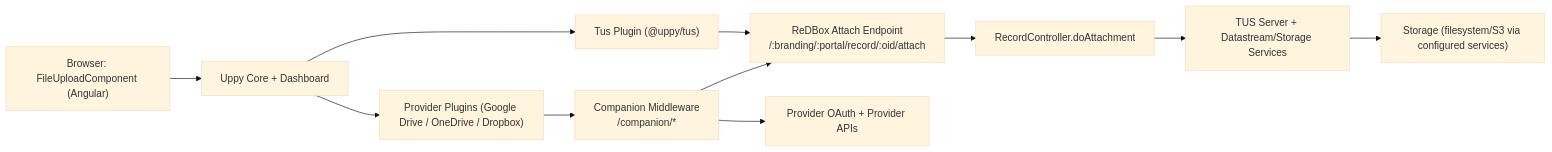
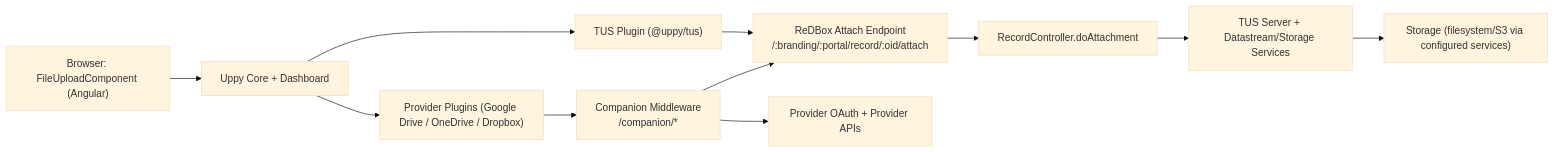
Before and after one commit to redbox-mint/redbox-portal: the first of 4 diagrams in support/wiki/Uppy-and-TUS-Architecture.md, drawn with Mermaid (base theme). The commit also changed other lines of this file and 7 other files, not shown here.

````diff
--- a/support/wiki/Uppy-and-TUS-Architecture.md
+++ b/support/wiki/Uppy-and-TUS-Architecture.md
@@ -11,13 +11,13 @@
 ```mermaid
 flowchart LR
     A["Browser: FileUploadComponent (Angular)"] --> B["Uppy Core + Dashboard"]
-    B --> C["Tus Plugin (@uppy/tus)"]
+    B --> C["TUS Plugin (@uppy/tus)"]
     B --> D["Provider Plugins (Google Drive / OneDrive / Dropbox)"]
     C --> E["ReDBox Attach Endpoint\n/:branding/:portal/record/:oid/attach"]
     D --> F["Companion Middleware\n/companion/*"]
     F --> G["Provider OAuth + Provider APIs"]
     F --> E
     E --> H["RecordController.doAttachment"]
     H --> I["TUS Server + Datastream/Storage Services"]
     I --> J["Storage (filesystem/S3 via configured services)"]
 ```
````
